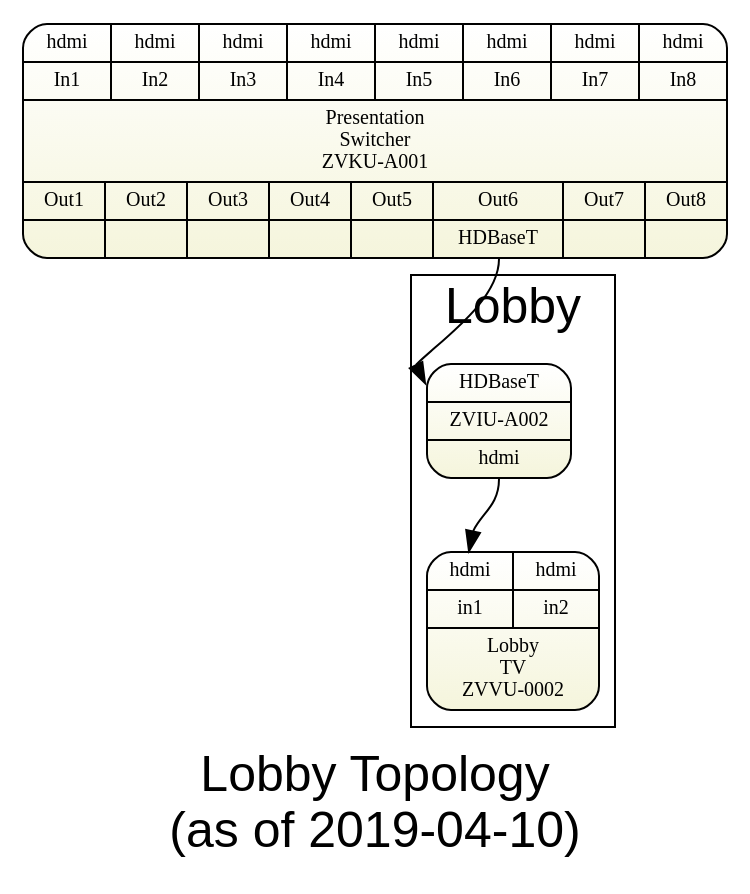
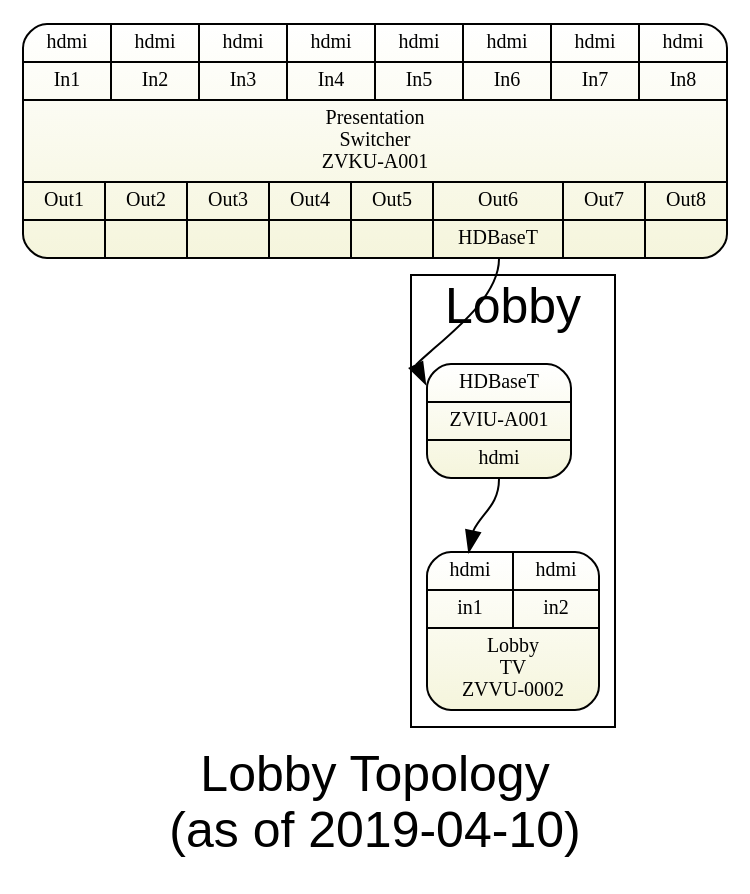
One commit to avmaint/uactechdoc changed the diagram in sdv-topology3-lobby.gv. Above: the diagram before and after it, drawn with Graphviz. The commit also changed 2 other files, not shown here.

Commit message:
updated locations of ZVIU-A001 and A002

```diff
--- a/sdv-topology3-lobby.gv
+++ b/sdv-topology3-lobby.gv
@@ -1,23 +1,23 @@
 digraph lobby { 
 graph [overlap = true, fontsize = 25, rankdir=TB
       label="Lobby Topology\n(as of 2019-04-10)",
       fontname = Helvetica]
  
 node [shape=Mrecord, style=filled , fillcolor="white:beige" ,fontsize = 10, 
       gradientangle=270]
 pswitch [label="{
   {{<i1>hdmi|In1}|{<i2>hdmi|In2}|{<i3>hdmi|In3}|{<i4>hdmi|In4}|{<i5>hdmi|In5}|{<i6>hdmi|In6}|{<i7>hdmi|In7}|{<i8>hdmi|In8}}
   |{Presentation\nSwitcher\nZVKU-A001}|
   {{Out1|<o1>}|{Out2|<o2>}|{Out3|<o3>}|{Out4|<o4>}|{Out5|<o5>}|{Out6|<o6>HDBaseT}|{Out7|<o7>}|{Out8|<o8>}}  
   }"]
   
 node [  tooltip="" ]
 
 subgraph cluster_lobby { label="Lobby" 
-  c62hdmi1   [label="{<i>HDBaseT|ZVIU-A002|<o>hdmi}", tooltip="In lobby"]
+  c62hdmi1   [label="{<i>HDBaseT|ZVIU-A001|<o>hdmi}", tooltip="In lobby"]
   lobbytv  [label="{ {{<i1>hdmi|in1} | {<i2>hdmi|in2}}|Lobby\nTV\nZVVU-0002}"]
 }
 
 pswitch:o6 -> c62hdmi1:i
 c62hdmi1:o -> lobbytv:i1
 }
```
